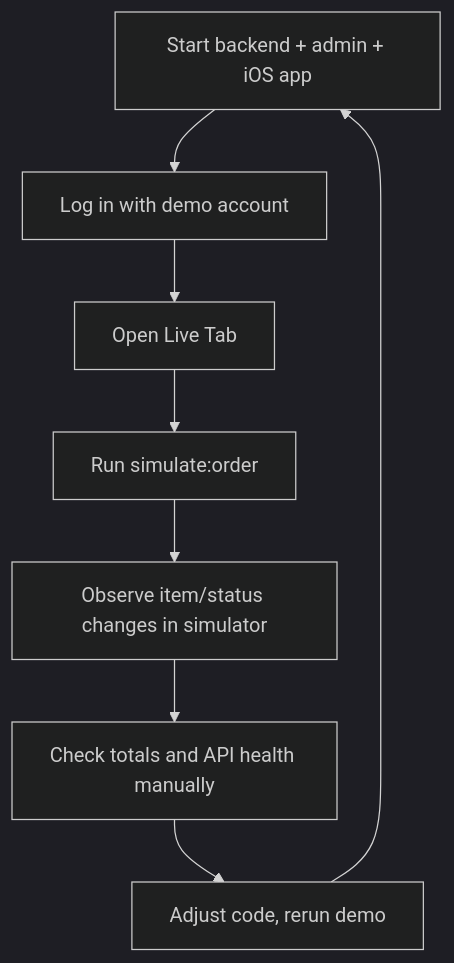
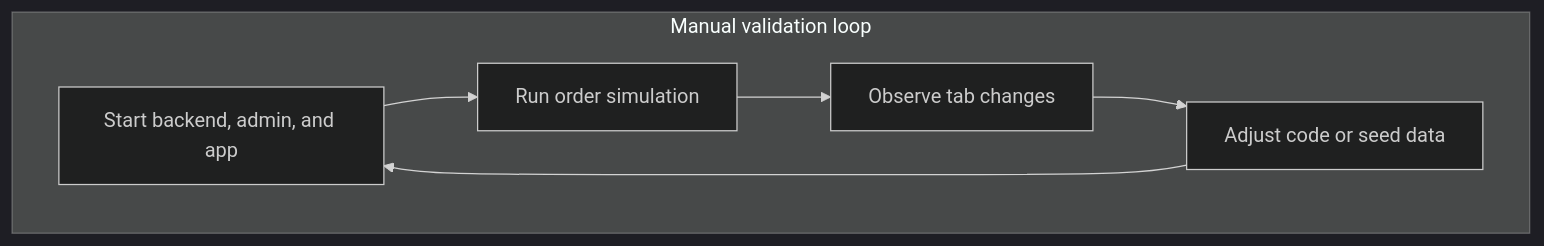
Before and after one commit to ebilguun03/ozora-capstone-portfolio: the diagram in assets/capstone-experience/testing-revision/testing-early-manual.mmd, drawn with Mermaid (dark theme). The commit also changed 9 other files, not shown here.

Commit message:
Upgrade capstone experience diagrams

```diff
--- a/assets/capstone-experience/testing-revision/testing-early-manual.mmd
+++ b/assets/capstone-experience/testing-revision/testing-early-manual.mmd
@@ -1,11 +1,12 @@
 flowchart TD
-    setup["Start backend + admin + iOS app"]
-    login["Log in with demo account"]
-    tab["Open Live Tab"]
-    script["Run simulate:order"]
-    observe["Observe item/status changes in simulator"]
-    verify["Check totals and API health manually"]
-    iterate["Adjust code, rerun demo"]
+    subgraph manual["Manual validation loop"]
+        setup["Start backend, admin, and app"]
+        simulate["Run order simulation"]
+        observe["Observe tab changes"]
+        adjust["Adjust code or seed data"]
+    end
 
-    setup --> login --> tab --> script --> observe --> verify --> iterate
-    iterate --> setup
+    setup --> simulate
+    simulate --> observe
+    observe --> adjust
+    adjust --> setup
```
